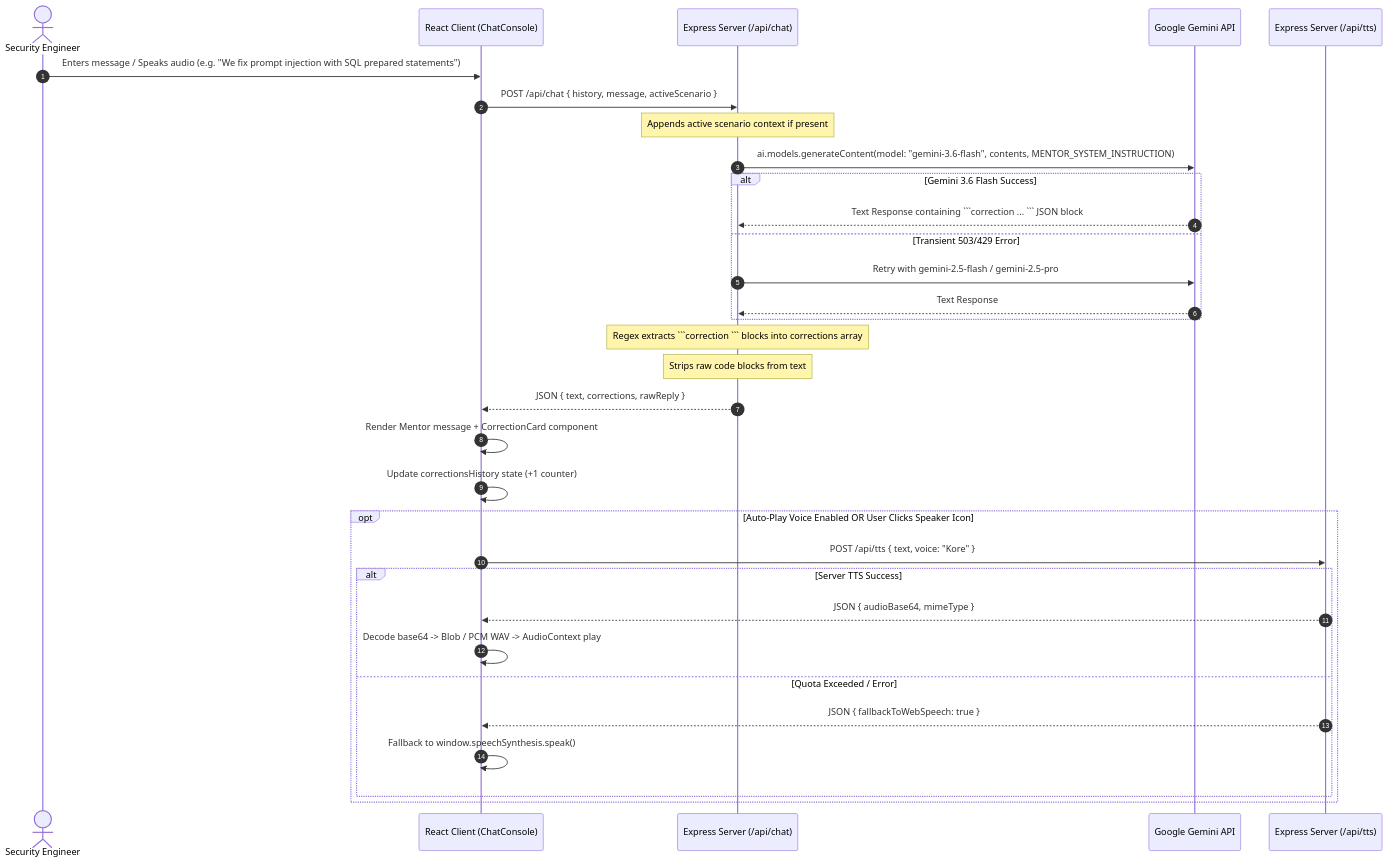
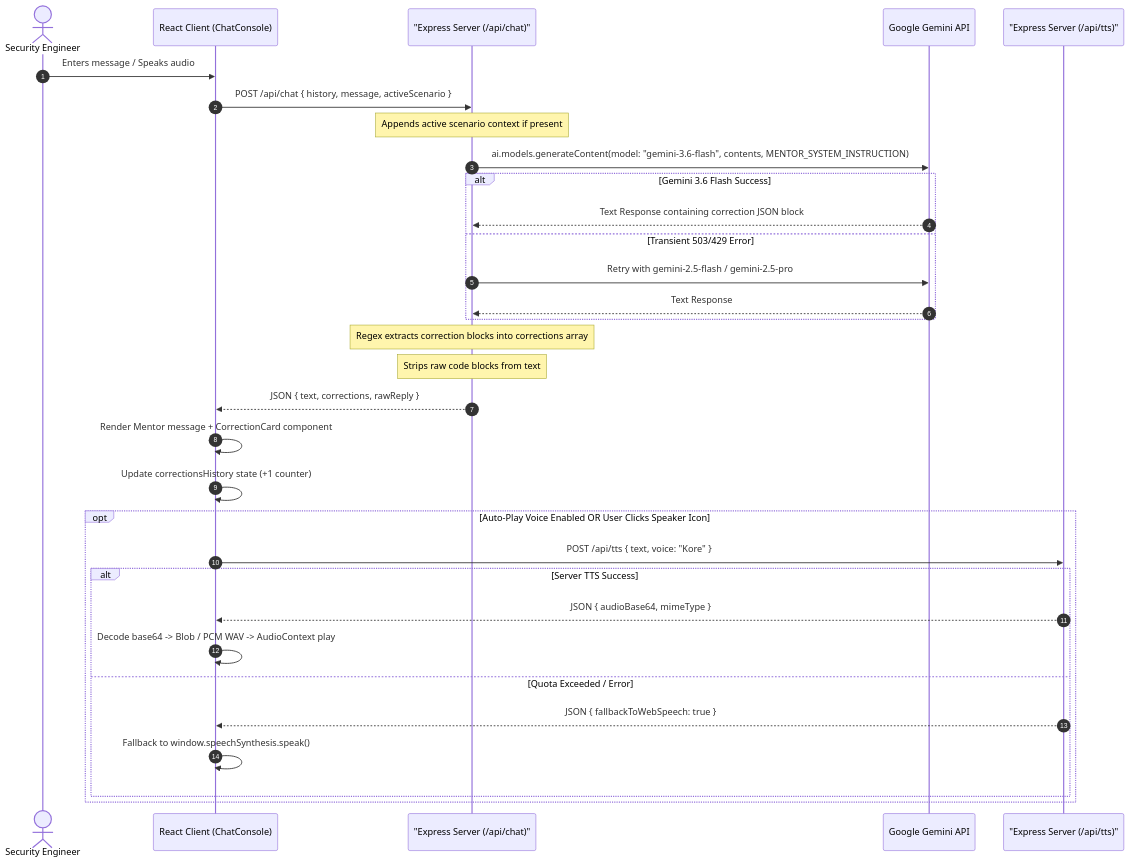
The second of 3 diagrams in readme.md (oponder2000/Agentic-AI-Security-Mentor), drawn with Mermaid before and after one commit. The commit also changed other lines of this file, not shown here.

````diff
--- a/readme.md
+++ b/readme.md
@@ -209,36 +209,36 @@
 ```mermaid
 sequenceDiagram
     autonumber
     actor User as Security Engineer
     participant Client as React Client (ChatConsole)
-    participant Server as Express Server (/api/chat)
+    participant Server as "Express Server (/api/chat)"
     participant Gemini as Google Gemini API
-    participant TTS as Express Server (/api/tts)
+    participant TTS as "Express Server (/api/tts)"
 
-    User->>Client: Enters message / Speaks audio (e.g. "We fix prompt injection with SQL prepared statements")
+    User->>Client: Enters message / Speaks audio
     Client->>Server: POST /api/chat { history, message, activeScenario }
     Note over Server: Appends active scenario context if present
     Server->>Gemini: ai.models.generateContent(model: "gemini-3.6-flash", contents, MENTOR_SYSTEM_INSTRUCTION)
     alt Gemini 3.6 Flash Success
-        Gemini-->>Server: Text Response containing ```correction ... ``` JSON block
+        Gemini-->>Server: Text Response containing correction JSON block
     else Transient 503/429 Error
         Server->>Gemini: Retry with gemini-2.5-flash / gemini-2.5-pro
         Gemini-->>Server: Text Response
     end
-    Note over Server: Regex extracts ```correction ``` blocks into corrections array
+    Note over Server: Regex extracts correction blocks into corrections array
     Note over Server: Strips raw code blocks from text
     Server-->>Client: JSON { text, corrections, rawReply }
     Client->>Client: Render Mentor message + CorrectionCard component
     Client->>Client: Update correctionsHistory state (+1 counter)
     
     opt Auto-Play Voice Enabled OR User Clicks Speaker Icon
         Client->>TTS: POST /api/tts { text, voice: "Kore" }
         alt Server TTS Success
             TTS-->>Client: JSON { audioBase64, mimeType }
             Client->>Client: Decode base64 -> Blob / PCM WAV -> AudioContext play
         else Quota Exceeded / Error
             TTS-->>Client: JSON { fallbackToWebSpeech: true }
             Client->>Client: Fallback to window.speechSynthesis.speak()
         end
-      end
+    end
 ```
````
